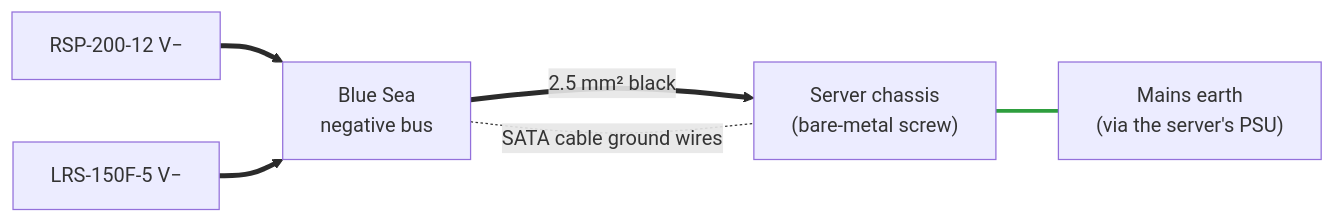
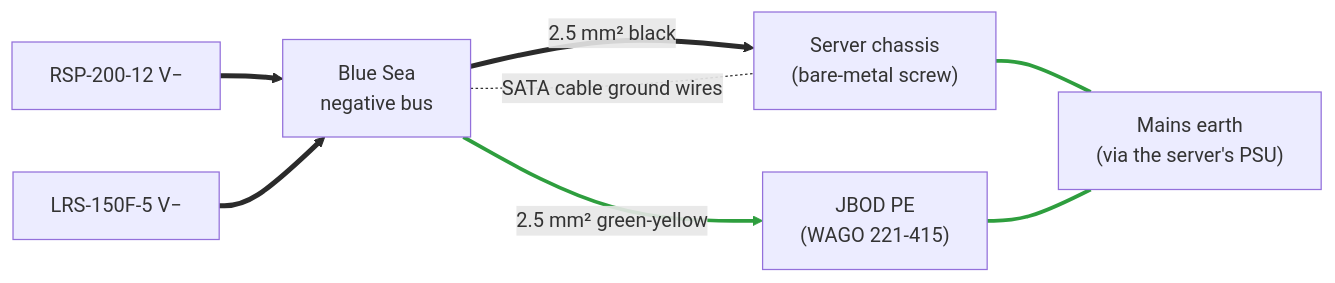
One commit to Lukas0923xcv/JBOD changed the diagram in docs/03-electrical-calculations.md. Above: the diagram before and after it, drawn with Mermaid. The commit also changed other lines of this file and 17 other files, not shown here.

````diff
--- a/docs/03-electrical-calculations.md
+++ b/docs/03-electrical-calculations.md
@@ -83,10 +101,12 @@
 ```mermaid
 flowchart LR
     R["RSP-200-12 V−"] --> NB["Blue Sea<br>negative bus"]
     L["LRS-150F-5 V−"] --> NB
     NB -->|"2.5 mm² black"| S["Server chassis<br>(bare-metal screw)"]
     S --- E["Mains earth<br>(via the server's PSU)"]
     NB -. "SATA cable ground wires" .- S
+    NB -->|"2.5 mm² green-yellow"| PE["JBOD PE<br>(WAGO 221-415)"]
+    PE --- E
     linkStyle 0,1,2 stroke:#2b2b2b,stroke-width:4px
-    linkStyle 3 stroke:#2e9e3e,stroke-width:3px
+    linkStyle 3,5,6 stroke:#2e9e3e,stroke-width:3px
 ```
````
